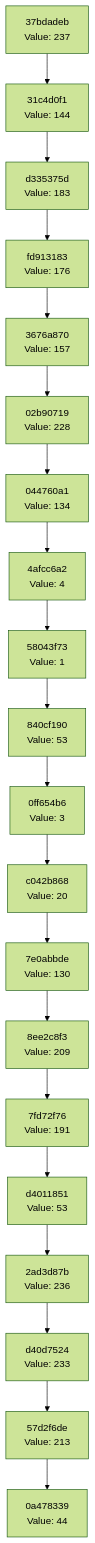
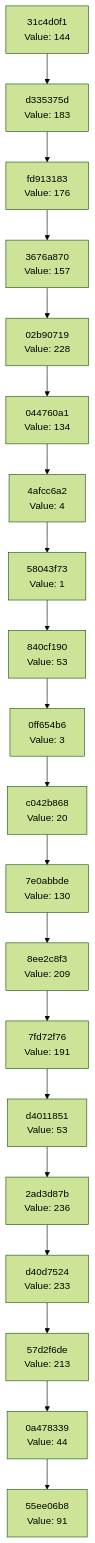
Before and after one commit to Abhisheksinha1506/hash-chain-evolver: the diagram in docs/CHAIN_VISUALIZATION.md, drawn with Mermaid (forest theme). The commit also changed 3 other files, not shown here.

````diff
--- a/docs/CHAIN_VISUALIZATION.md
+++ b/docs/CHAIN_VISUALIZATION.md
@@ -3,42 +3,42 @@
 ```mermaid
 graph TD
-    C0["0a478339<br/>Value: 44"]
-    C1["57d2f6de<br/>Value: 213"]
+    C0["55ee06b8<br/>Value: 91"]
+    C1["0a478339<br/>Value: 44"]
     C1 --> C0
-    C2["d40d7524<br/>Value: 233"]
+    C2["57d2f6de<br/>Value: 213"]
     C2 --> C1
-    C3["2ad3d87b<br/>Value: 236"]
+    C3["d40d7524<br/>Value: 233"]
     C3 --> C2
-    C4["d4011851<br/>Value: 53"]
+    C4["2ad3d87b<br/>Value: 236"]
     C4 --> C3
-    C5["7fd72f76<br/>Value: 191"]
+    C5["d4011851<br/>Value: 53"]
     C5 --> C4
-    C6["8ee2c8f3<br/>Value: 209"]
+    C6["7fd72f76<br/>Value: 191"]
     C6 --> C5
-    C7["7e0abbde<br/>Value: 130"]
+    C7["8ee2c8f3<br/>Value: 209"]
     C7 --> C6
-    C8["c042b868<br/>Value: 20"]
+    C8["7e0abbde<br/>Value: 130"]
     C8 --> C7
-    C9["0ff654b6<br/>Value: 3"]
+    C9["c042b868<br/>Value: 20"]
     C9 --> C8
-    C10["840cf190<br/>Value: 53"]
+    C10["0ff654b6<br/>Value: 3"]
     C10 --> C9
-    C11["58043f73<br/>Value: 1"]
+    C11["840cf190<br/>Value: 53"]
     C11 --> C10
-    C12["4afcc6a2<br/>Value: 4"]
+    C12["58043f73<br/>Value: 1"]
     C12 --> C11
-    C13["044760a1<br/>Value: 134"]
+    C13["4afcc6a2<br/>Value: 4"]
     C13 --> C12
-    C14["02b90719<br/>Value: 228"]
+    C14["044760a1<br/>Value: 134"]
     C14 --> C13
-    C15["3676a870<br/>Value: 157"]
+    C15["02b90719<br/>Value: 228"]
     C15 --> C14
-    C16["fd913183<br/>Value: 176"]
+    C16["3676a870<br/>Value: 157"]
     C16 --> C15
-    C17["d335375d<br/>Value: 183"]
+    C17["fd913183<br/>Value: 176"]
     C17 --> C16
-    C18["31c4d0f1<br/>Value: 144"]
+    C18["d335375d<br/>Value: 183"]
     C18 --> C17
-    C19["37bdadeb<br/>Value: 237"]
+    C19["31c4d0f1<br/>Value: 144"]
     C19 --> C18
 ```
````
